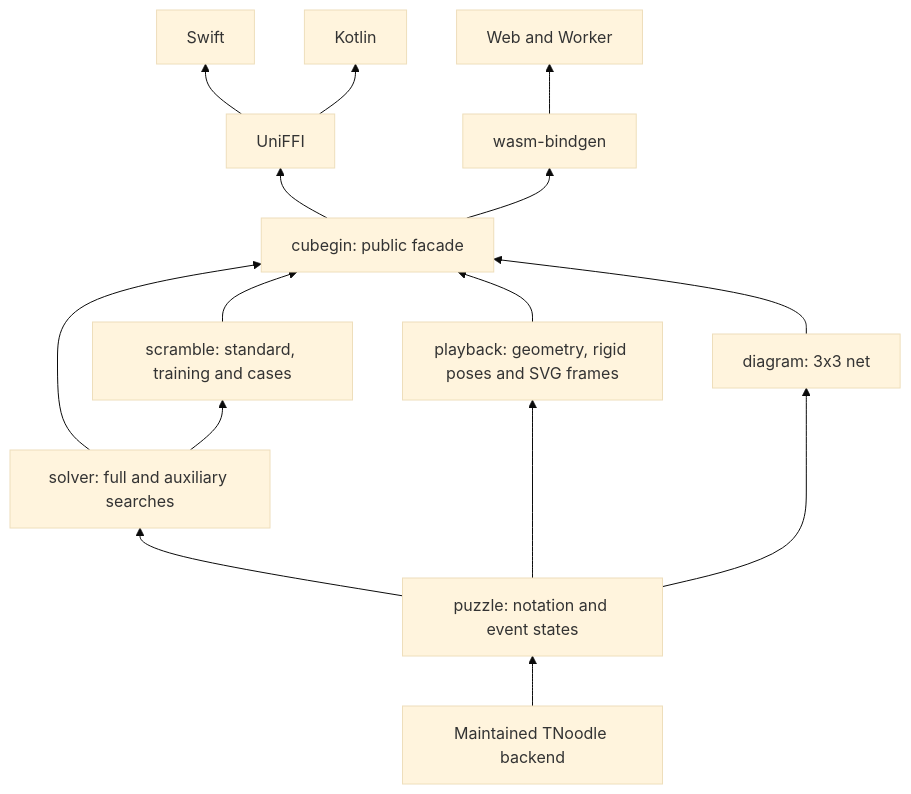
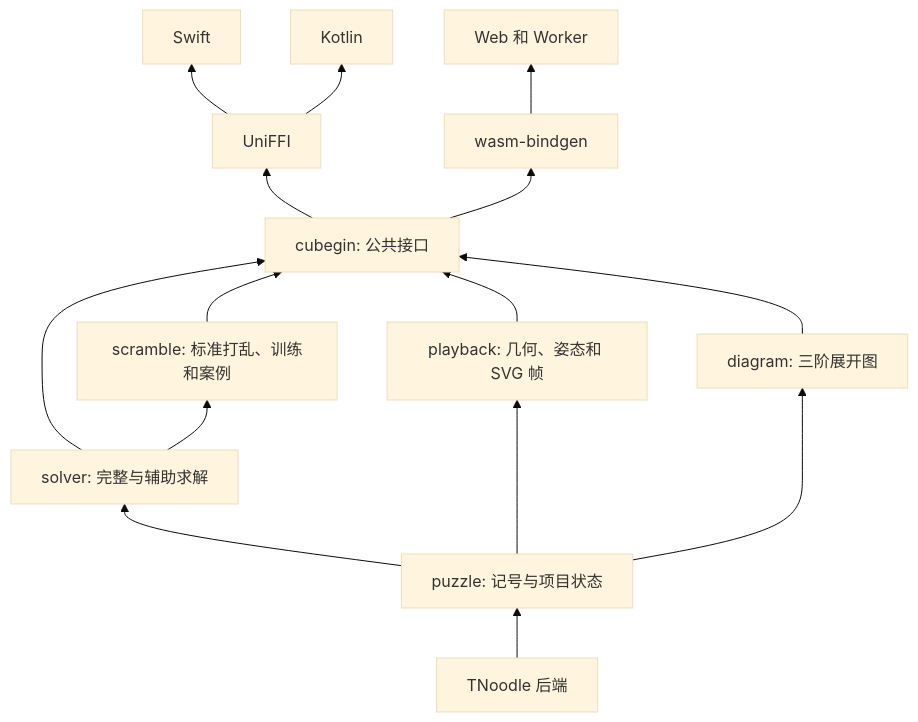
Before and after one commit to deweyou/cubegin: the diagram in docs/architecture.md, drawn with Mermaid (base theme). The commit also changed other lines of this file and 85 other files, not shown here.

````diff
--- a/docs/architecture.md
+++ b/docs/architecture.md
@@ -10,17 +7,17 @@
 ```mermaid
 flowchart BT
-  Backend[Maintained TNoodle backend] --> Puzzle[puzzle: notation and event states]
-  Puzzle --> Solver[solver: full and auxiliary searches]
-  Solver --> Scramble[scramble: standard, training and cases]
-  Puzzle --> Playback[playback: geometry, rigid poses and SVG frames]
-  Puzzle --> Diagram[diagram: 3x3 net]
-  Solver --> API[cubegin: public facade]
+  Backend[TNoodle 后端] --> Puzzle[puzzle: 记号与项目状态]
+  Puzzle --> Solver[solver: 完整与辅助求解]
+  Solver --> Scramble[scramble: 标准打乱、训练和案例]
+  Puzzle --> Playback[playback: 几何、姿态和 SVG 帧]
+  Puzzle --> Diagram[diagram: 三阶展开图]
+  Solver --> API[cubegin: 公共接口]
   Scramble --> API
   Playback --> API
   Diagram --> API
   API --> Native[UniFFI]
   API --> WASM[wasm-bindgen]
   Native --> Swift[Swift]
   Native --> Kotlin[Kotlin]
-  WASM --> Web[Web and Worker]
+  WASM --> Web[Web 和 Worker]
 ```
````
